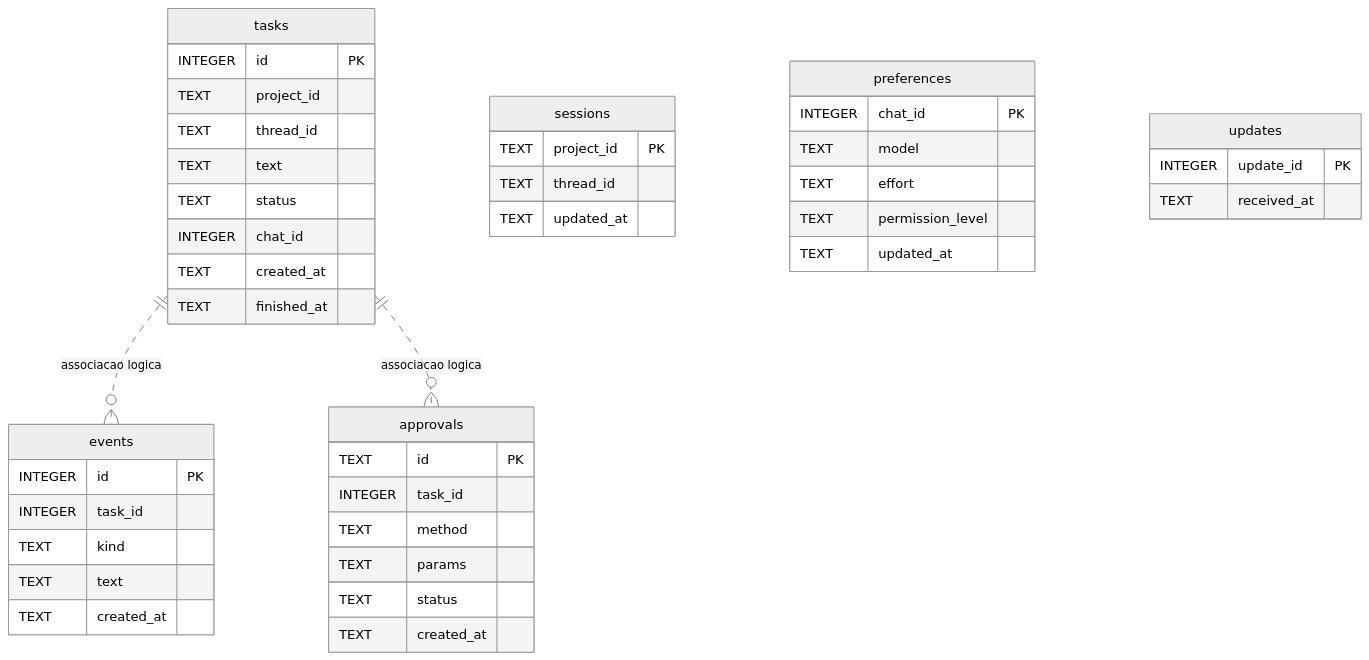
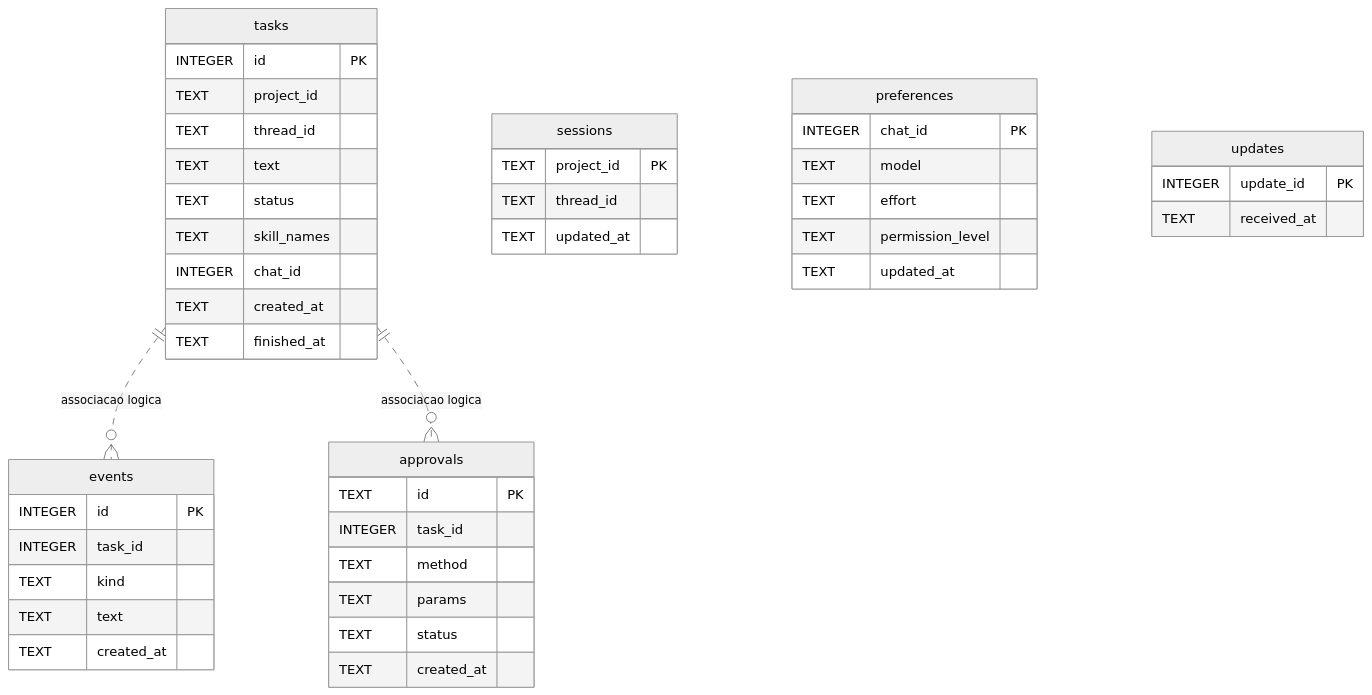
The fourth of 4 diagrams in README.md (AndersonReiner/Codex-Telegram-Bridge), drawn with Mermaid (neutral theme) before and after one commit. The commit also changed other lines of this file, not shown here.

````diff
--- a/README.md
+++ b/README.md
@@ -504,46 +543,47 @@
 ```mermaid
 erDiagram
     tasks ||..o{ events : "associacao logica"
     tasks ||..o{ approvals : "associacao logica"
     tasks {
         INTEGER id PK
         TEXT project_id
         TEXT thread_id
         TEXT text
         TEXT status
+        TEXT skill_names
         INTEGER chat_id
         TEXT created_at
         TEXT finished_at
     }
     events {
         INTEGER id PK
         INTEGER task_id
         TEXT kind
         TEXT text
         TEXT created_at
     }
     approvals {
         TEXT id PK
         INTEGER task_id
         TEXT method
         TEXT params
         TEXT status
         TEXT created_at
     }
     sessions {
         TEXT project_id PK
         TEXT thread_id
         TEXT updated_at
     }
     preferences {
         INTEGER chat_id PK
         TEXT model
         TEXT effort
         TEXT permission_level
         TEXT updated_at
     }
     updates {
         INTEGER update_id PK
         TEXT received_at
     }
 ```
````
